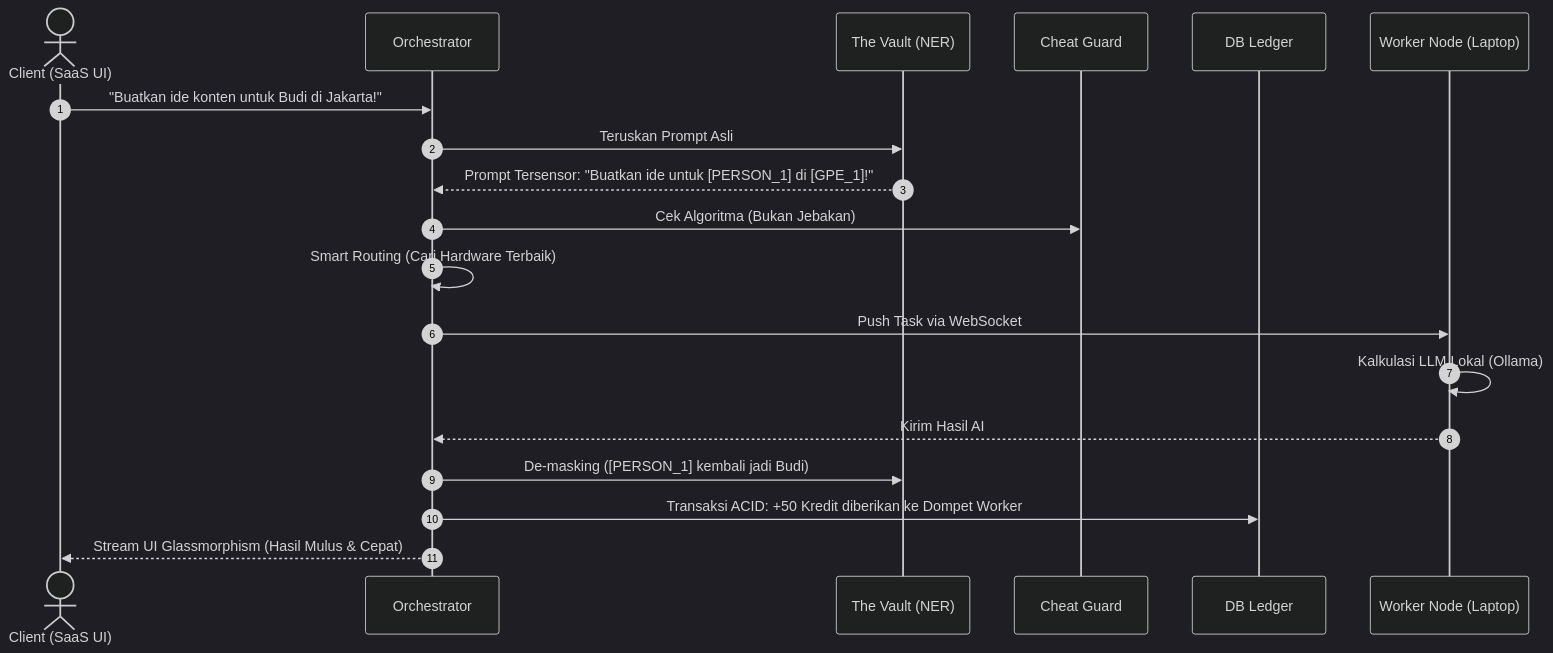
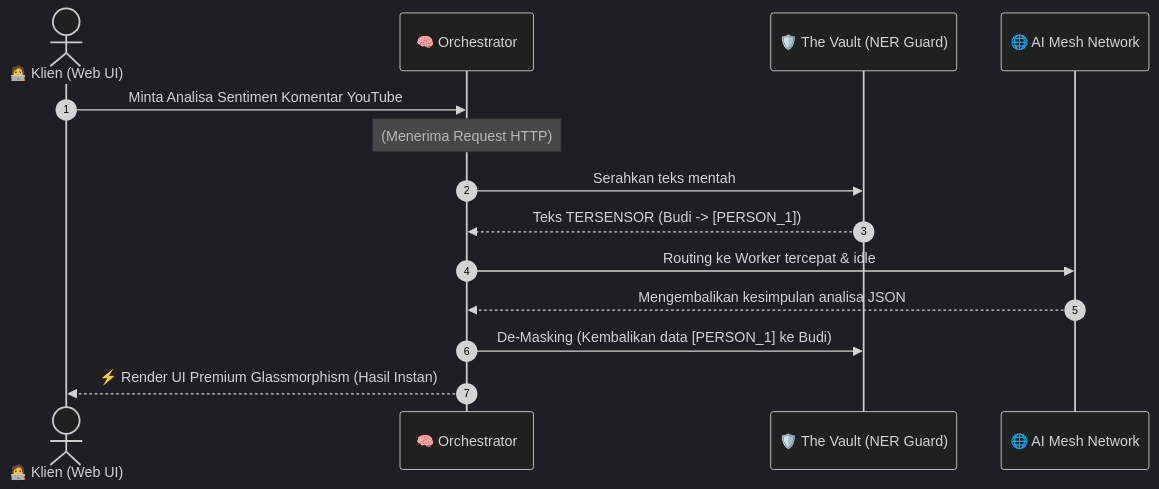
Before and after one commit to Thbetyfu/The-Weech: the first of 3 diagrams in README.md, drawn with Mermaid (dark theme). The commit also changed other lines of this file, not shown here.

Commit message:
docs(readme): add dedicated role-based flowcharts

````diff
--- a/README.md
+++ b/README.md
@@ -63,26 +68,17 @@
 ```mermaid
 sequenceDiagram
     autonumber
-    actor C as Client (SaaS UI)
-    participant O as Orchestrator
-    participant V as The Vault (NER)
-    participant CG as Cheat Guard
-    participant D as DB Ledger
-    participant W as Worker Node (Laptop)
+    actor Client as 🧑‍💻 Klien (Web UI)
+    participant Orch as 🧠 Orchestrator
+    participant Vault as 🛡️ The Vault (NER Guard)
+    participant Mesh as 🌐 AI Mesh Network
 
-    C->>O: "Buatkan ide konten untuk Budi di Jakarta!"
-    O->>V: Teruskan Prompt Asli
-    V-->>O: Prompt Tersensor: "Buatkan ide untuk [PERSON_1] di [GPE_1]!"
-    
-    O->>CG: Cek Algoritma (Bukan Jebakan)
-    O->>O: Smart Routing (Cari Hardware Terbaik)
-    
-    O->>W: Push Task via WebSocket
-    W->>W: Kalkulasi LLM Lokal (Ollama)
-    W-->>O: Kirim Hasil AI
-    
-    O->>V: De-masking ([PERSON_1] kembali jadi Budi)
-    O->>D: Transaksi ACID: +50 Kredit diberikan ke Dompet Worker
-    
-    O-->>C: Stream UI Glassmorphism (Hasil Mulus & Cepat)
+    Client->>Orch: Minta Analisa Sentimen Komentar YouTube
+    Note over Orch: (Menerima Request HTTP)
+    Orch->>Vault: Serahkan teks mentah
+    Vault-->>Orch: Teks TERSENSOR (Budi -> [PERSON_1])
+    Orch->>Mesh: Routing ke Worker tercepat & idle
+    Mesh-->>Orch: Mengembalikan kesimpulan analisa JSON
+    Orch->>Vault: De-Masking (Kembalikan data [PERSON_1] ke Budi)
+    Orch-->>Client: ⚡ Render UI Premium Glassmorphism (Hasil Instan)
 ```
````
